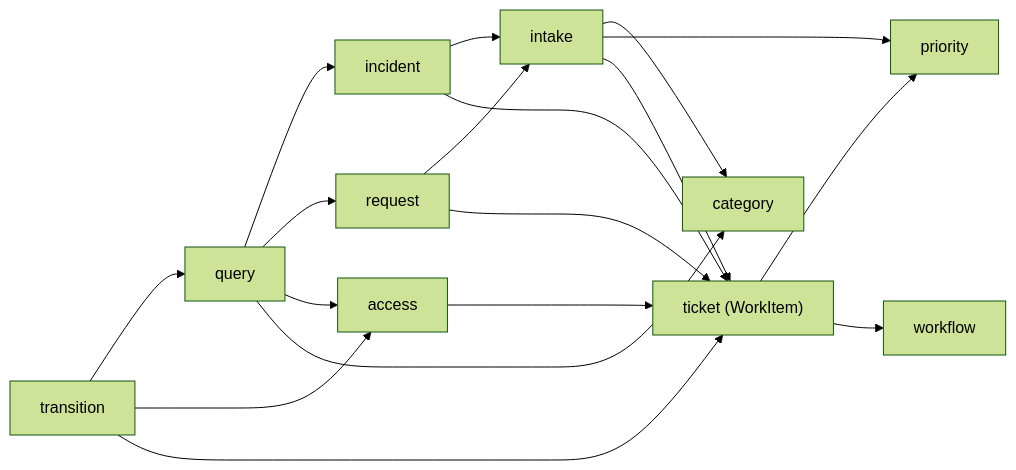
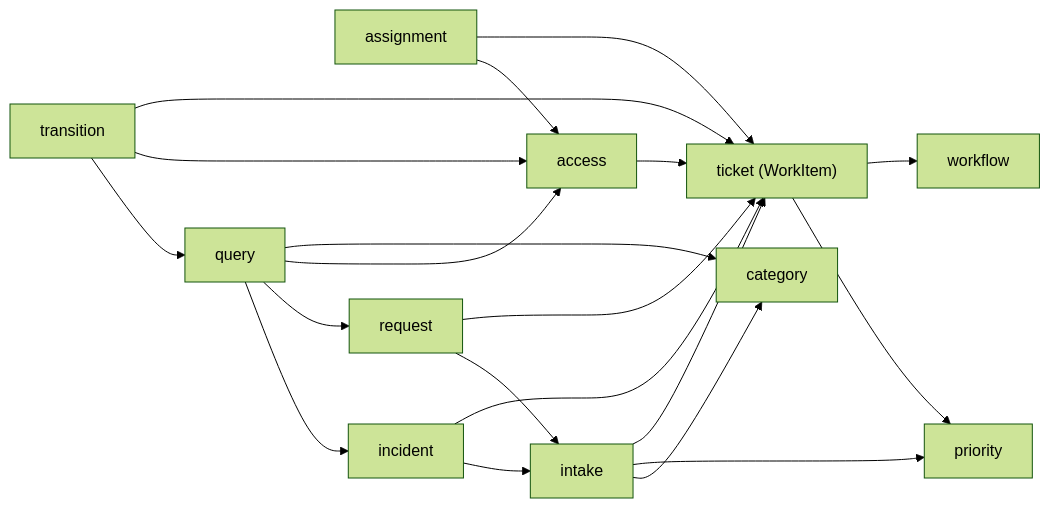
The second of 5 diagrams in docs/architecture.md (Adebozz/enterprise-service-management), drawn with Mermaid (forest theme) before and after one commit. The commit also changed other lines of this file and 28 other files, not shown here.

````diff
--- a/docs/architecture.md
+++ b/docs/architecture.md
@@ -59,9 +59,10 @@
 ```mermaid
 flowchart LR
     transition --> query & access & core
+    assignment --> access & core
     query --> incident & request & access & category
     incident & request --> intake
     intake --> category & priority & core["ticket (WorkItem)"]
     incident & request & access --> core
     core --> priority & workflow
 ```
````
